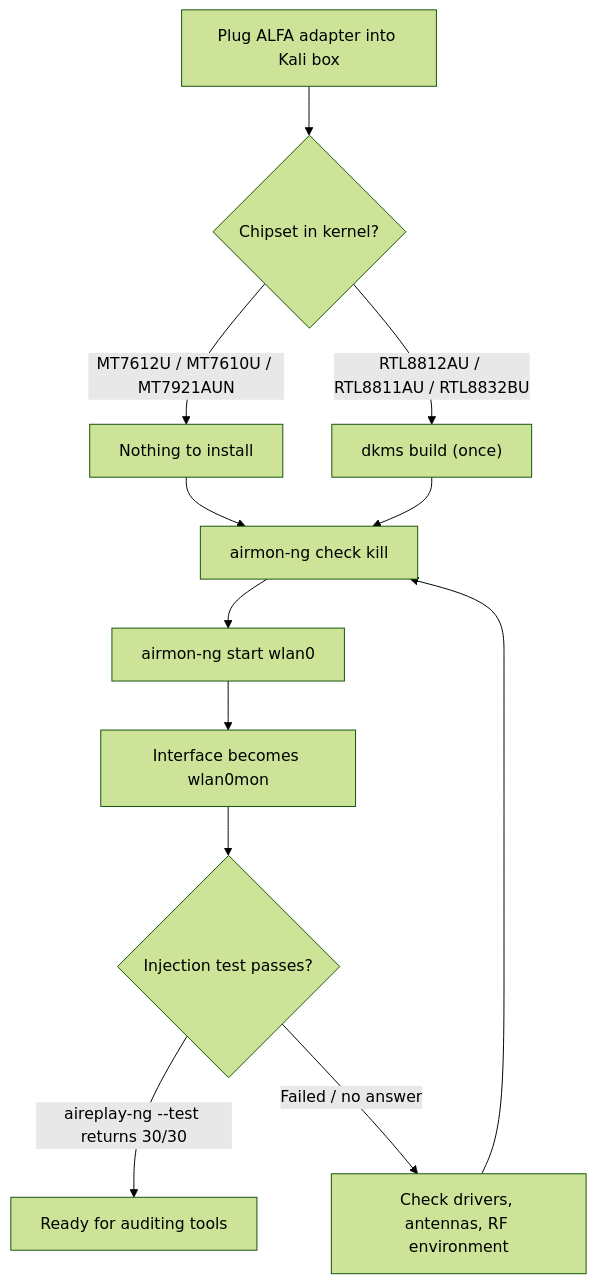
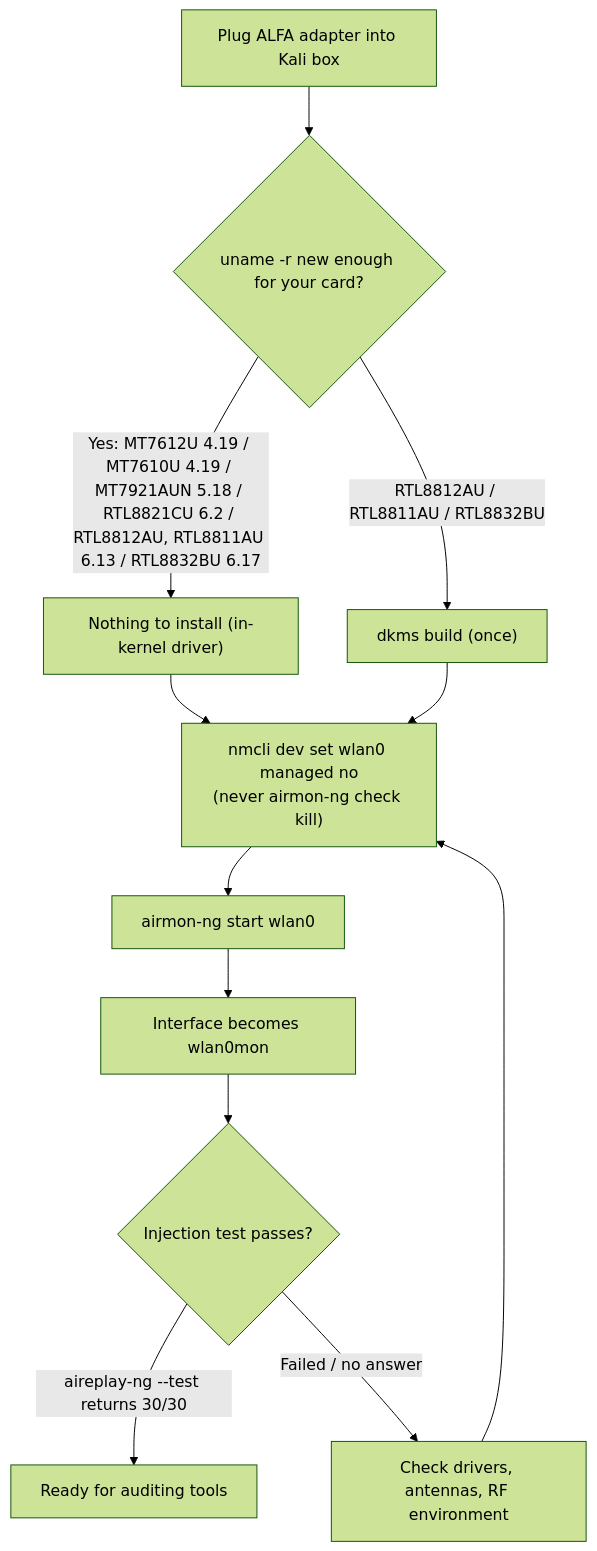
One commit to yopitek/yupitek-wiki changed the diagram in i18n/zh-TW/docusaurus-plugin-content-docs/current/01-alfa-network/linux-setup-kali.md. Above: the diagram before and after it, drawn with Mermaid (forest theme). The commit also changed other lines of this file and 108 other files, not shown here.

````diff
--- a/i18n/zh-TW/docusaurus-plugin-content-docs/current/01-alfa-network/linux-setup-kali.md
+++ b/i18n/zh-TW/docusaurus-plugin-content-docs/current/01-alfa-network/linux-setup-kali.md
@@ -25,14 +29,14 @@
 ```mermaid
 flowchart TD
-    A["Plug ALFA adapter into Kali box"] --> B{"Chipset in kernel?"}
-    B -->|"MT7612U / MT7610U / MT7921AUN"| C["Nothing to install"]
+    A["Plug ALFA adapter into Kali box"] --> B{"uname -r new enough for your card?"}
+    B -->|"Yes: MT7612U 4.19 / MT7610U 4.19 / MT7921AUN 5.18 / RTL8821CU 6.2 / RTL8812AU, RTL8811AU 6.13 / RTL8832BU 6.17"| C["Nothing to install (in-kernel driver)"]
     B -->|"RTL8812AU / RTL8811AU / RTL8832BU"| D["dkms build (once)"]
-    C --> E["airmon-ng check kill"]
+    C --> E["nmcli dev set wlan0 managed no<br/>(never airmon-ng check kill)"]
     D --> E
     E --> F["airmon-ng start wlan0"]
     F --> G["Interface becomes wlan0mon"]
     G --> H{"Injection test passes?"}
     H -->|"aireplay-ng --test returns 30/30"| I["Ready for auditing tools"]
     H -->|"Failed / no answer"| J["Check drivers, antennas, RF environment"]
     J --> E
 ```
````
